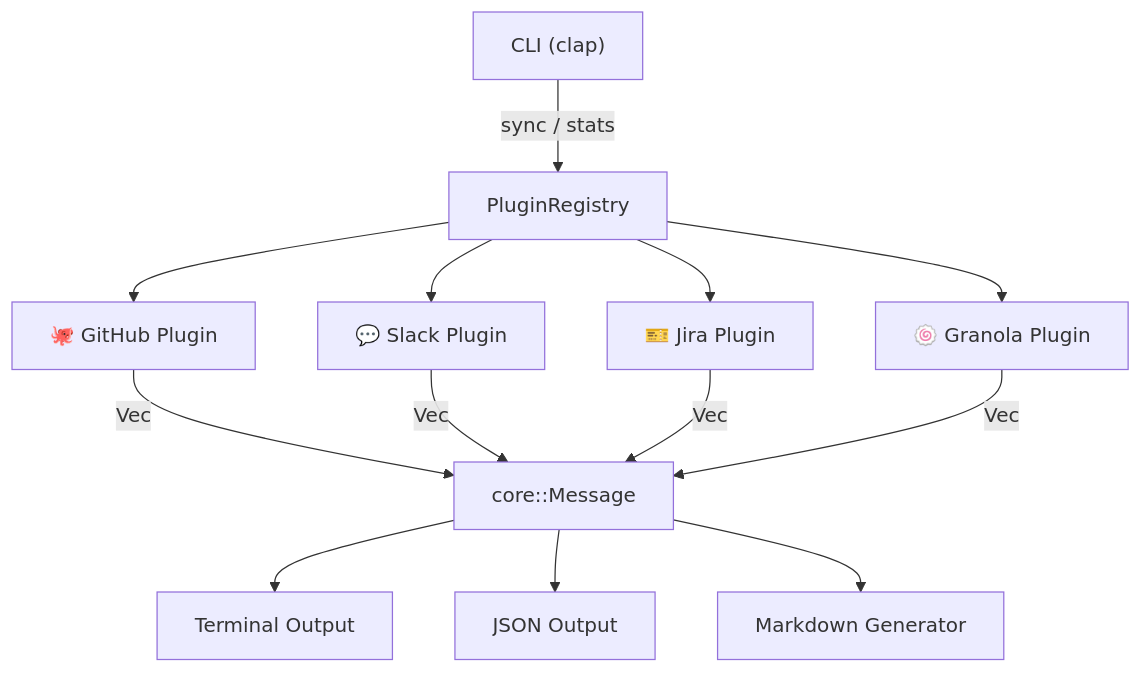
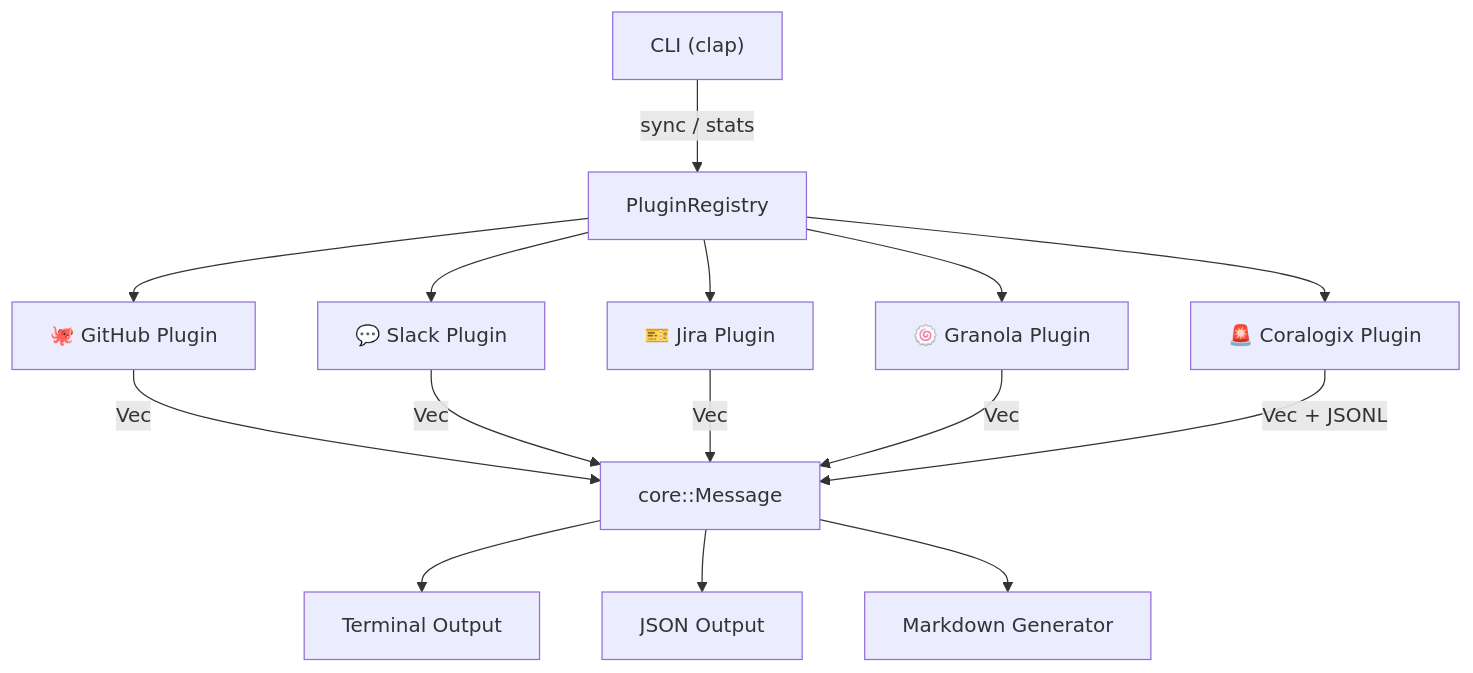
The first of 2 diagrams in docs/architecture.md (imshubhamsingh/work-os), drawn with Mermaid before and after one commit. The commit also changed other lines of this file and 4 other files, not shown here.

````diff
--- a/docs/architecture.md
+++ b/docs/architecture.md
@@ -7,26 +7,28 @@
 ```mermaid
 flowchart TD
     CLI["CLI (clap)"]
     Registry["PluginRegistry"]
     GitHub["🐙 GitHub Plugin"]
     Slack["💬 Slack Plugin"]
     Jira["🎫 Jira Plugin"]
     Granola["🍥 Granola Plugin"]
     Core["core::Message"]
     TermOutput["Terminal Output"]
     JSONOutput["JSON Output"]
     MDOutput["Markdown Generator"]
 
     CLI -->|sync / stats| Registry
     Registry --> GitHub
     Registry --> Slack
     Registry --> Jira
     Registry --> Granola
+    Registry --> Coralogix["🚨 Coralogix Plugin"]
     GitHub -->|Vec<Message>| Core
     Slack -->|Vec<Message>| Core
     Jira -->|Vec<Message>| Core
     Granola -->|Vec<Message>| Core
+    Coralogix -->|Vec<Message> + JSONL| Core
     Core --> TermOutput
     Core --> JSONOutput
     Core --> MDOutput
 ```
````
